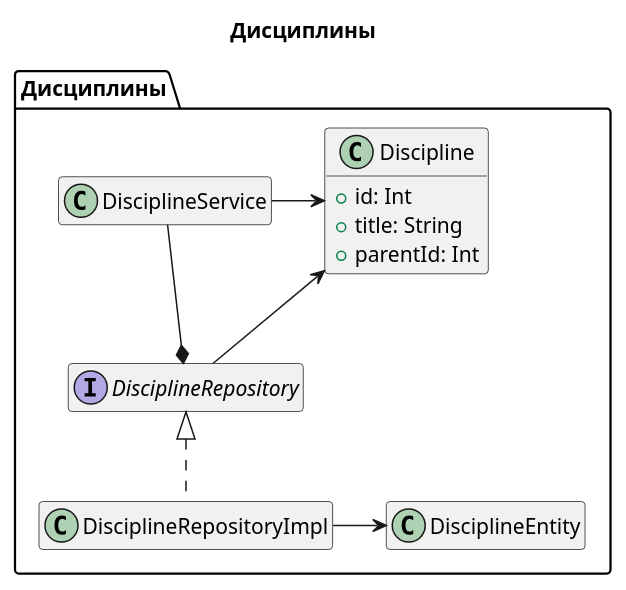
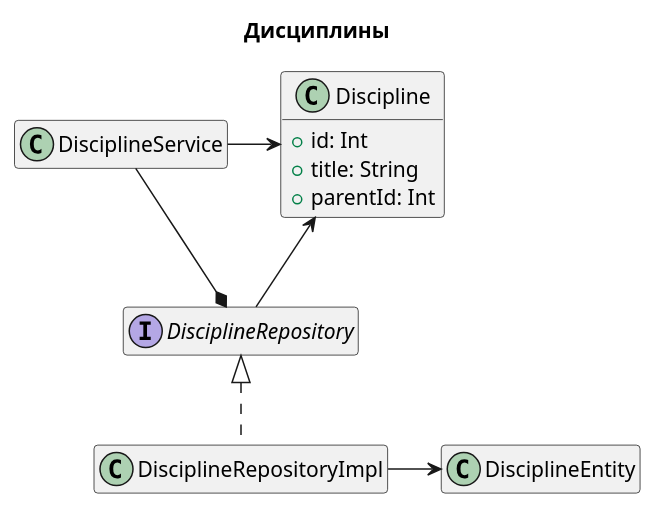
One commit to hyposun/deppplom changed the diagram in src/main/docs/classes_disciplines.puml. Above: the diagram before and after it, drawn with PlantUML. The commit also changed 5 other files, not shown here.

Commit message:
new: документация: базовая схема

```diff
--- a/src/main/docs/classes_disciplines.puml
+++ b/src/main/docs/classes_disciplines.puml
@@ -1,31 +1,29 @@
 @startuml
 
 hide empty members
 allowmixing
 
 title "Дисциплины"
 
-package "Дисциплины" as disciplines {
+class DisciplineService
 
-    class DisciplineService
-    interface DisciplineRepository
+interface DisciplineRepository
 
-    class Discipline {
-        + id: Int
-        + title: String
-        + parentId: Int
-    }
+class Discipline {
+    + id: Int
+    + title: String
+    + parentId: Int
+}
 
-    Discipline <-- DisciplineRepository
+Discipline <-- DisciplineRepository
 
-    class DisciplineRepositoryImpl implements DisciplineRepository
-    class DisciplineEntity
-    DisciplineRepositoryImpl -> DisciplineEntity
+class DisciplineRepositoryImpl implements DisciplineRepository
+class DisciplineEntity
+DisciplineRepositoryImpl -> DisciplineEntity
 
-    DisciplineService -> Discipline
-    DisciplineService --* DisciplineRepository
+DisciplineService -> Discipline
+DisciplineService --* DisciplineRepository
 
 
-}
 
 @enduml
```
